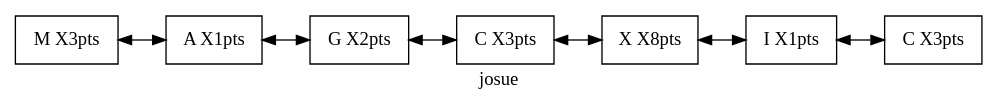
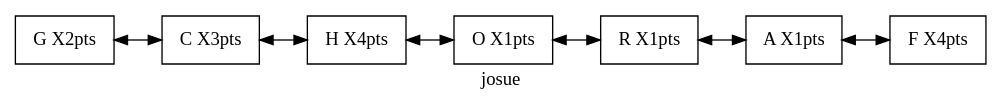
Before and after one commit to hr9457/EDD_1S2020_PY1_201314296: the diagram in ArchivosDot/ListaJugador.dot, drawn with Graphviz. The commit also changed 13 other files, not shown here.

```diff
--- a/ArchivosDot/ListaJugador.dot
+++ b/ArchivosDot/ListaJugador.dot
@@ -1,18 +1,18 @@
 digraph Lista {
 rankdir=LR;
 node [shape=record];
-Nodo0[label="M  X3pts"]
-Nodo1[label="A  X1pts"]
-Nodo2[label="G  X2pts"]
-Nodo3[label="C  X3pts"]
-Nodo4[label="X  X8pts"]
-Nodo5[label="I  X1pts"]
-Nodo6[label="C  X3pts"]
+Nodo0[label="G  X2pts"]
+Nodo1[label="C  X3pts"]
+Nodo2[label="H  X4pts"]
+Nodo3[label="O  X1pts"]
+Nodo4[label="R  X1pts"]
+Nodo5[label="A  X1pts"]
+Nodo6[label="F  X4pts"]
 Nodo0->Nodo1[dir=both];
 Nodo1->Nodo2[dir=both];
 Nodo2->Nodo3[dir=both];
 Nodo3->Nodo4[dir=both];
 Nodo4->Nodo5[dir=both];
 Nodo5->Nodo6[dir=both];
 label="josue";
 }
```
